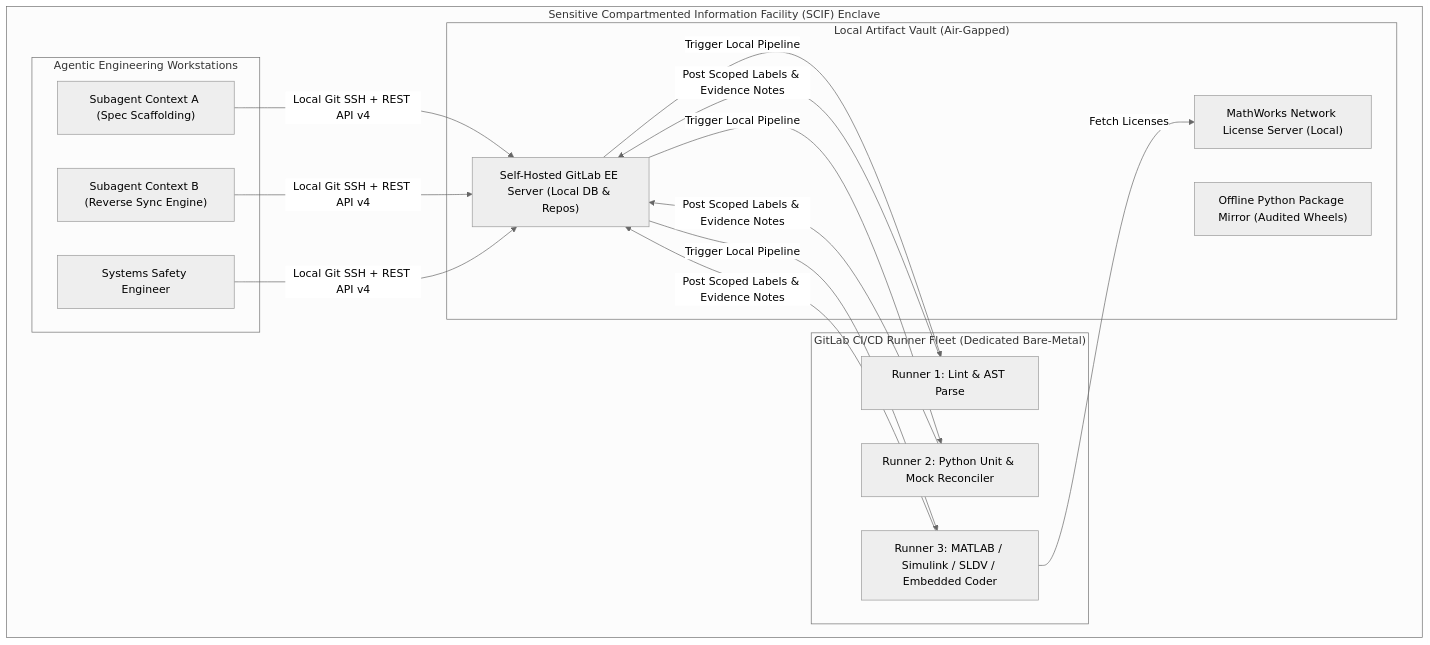
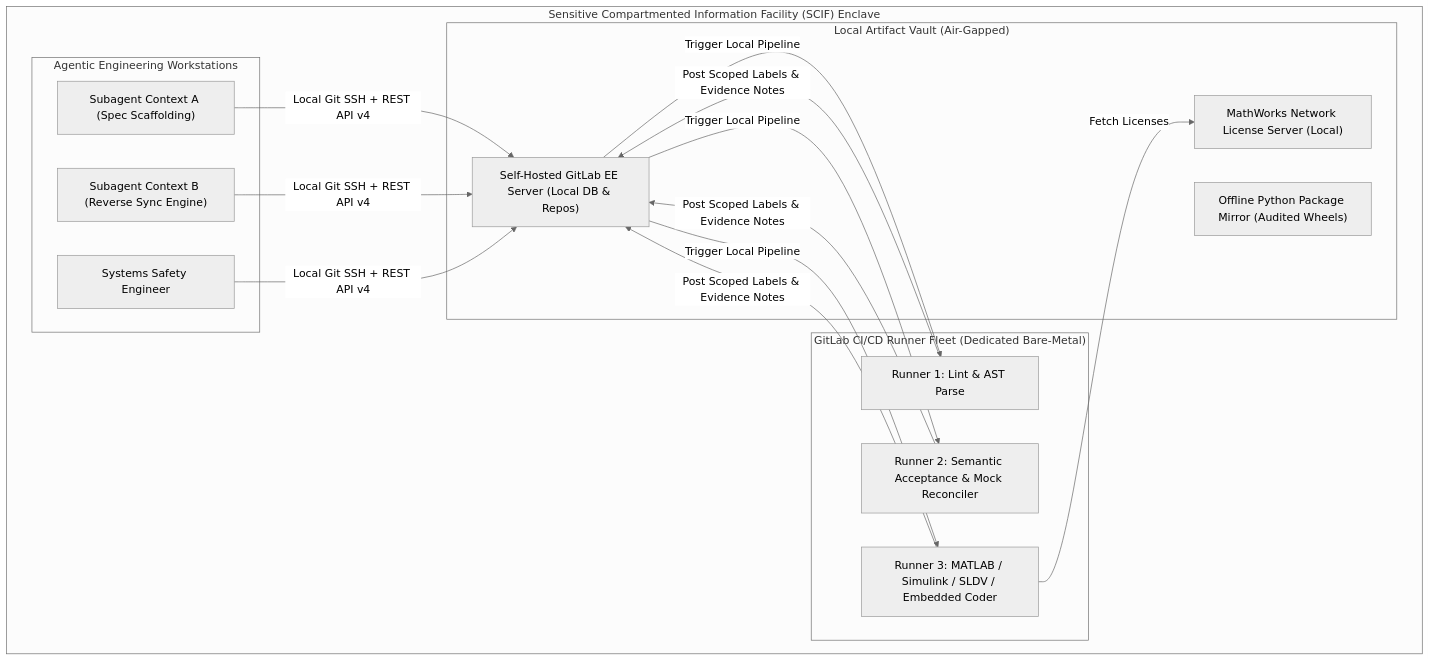
Diagram 12 of 19 in docs/architecture/blueprints/MULTI_PROVIDER_GITLAB_INFRASTRUCTURE_ARCHITECTURE.md (gintatkinson/DEAP-profile-flutter-app), drawn with Mermaid (neutral theme) before and after one commit. The commit also changed other lines of this file and 6949 other files, not shown here.

````diff
--- a/docs/architecture/blueprints/MULTI_PROVIDER_GITLAB_INFRASTRUCTURE_ARCHITECTURE.md
+++ b/docs/architecture/blueprints/MULTI_PROVIDER_GITLAB_INFRASTRUCTURE_ARCHITECTURE.md
@@ -867,33 +894,33 @@
 ```mermaid
 flowchart TD
     subgraph SCIF_Enclave ["Sensitive Compartmented Information Facility (SCIF) Enclave"]
         subgraph Vault ["Local Artifact Vault (Air-Gapped)"]
             GitLab_EE["Self-Hosted GitLab EE Server (Local DB & Repos)"]
             PyPI_Mirror["Offline Python Package Mirror (Audited Wheels)"]
             MATLAB_Server["MathWorks Network License Server (Local)"]
         end
 
         subgraph Runner_Fleet ["GitLab CI/CD Runner Fleet (Dedicated Bare-Metal)"]
             Runner1["Runner 1: Lint & AST Parse"]
-            Runner2["Runner 2: Python Unit & Mock Reconciler"]
+            Runner2["Runner 2: Semantic Acceptance & Mock Reconciler"]
             Runner3["Runner 3: MATLAB / Simulink / SLDV / Embedded Coder"]
         end
 
         subgraph Agentic_Dev ["Agentic Engineering Workstations"]
             Agent1["Subagent Context A (Spec Scaffolding)"]
             Agent2["Subagent Context B (Reverse Sync Engine)"]
             Dev1["Systems Safety Engineer"]
         end
     end
 
     Agent1 -->|"Local Git SSH + REST API v4"| GitLab_EE
     Agent2 -->|"Local Git SSH + REST API v4"| GitLab_EE
     Dev1 -->|"Local Git SSH + REST API v4"| GitLab_EE
 
     GitLab_EE -->|"Trigger Local Pipeline"| Runner1
     GitLab_EE -->|"Trigger Local Pipeline"| Runner2
     GitLab_EE -->|"Trigger Local Pipeline"| Runner3
 
     Runner3 -->|"Fetch Licenses"| MATLAB_Server
     Runner1 & Runner2 & Runner3 -->|"Post Scoped Labels & Evidence Notes"| GitLab_EE
 ```
````
